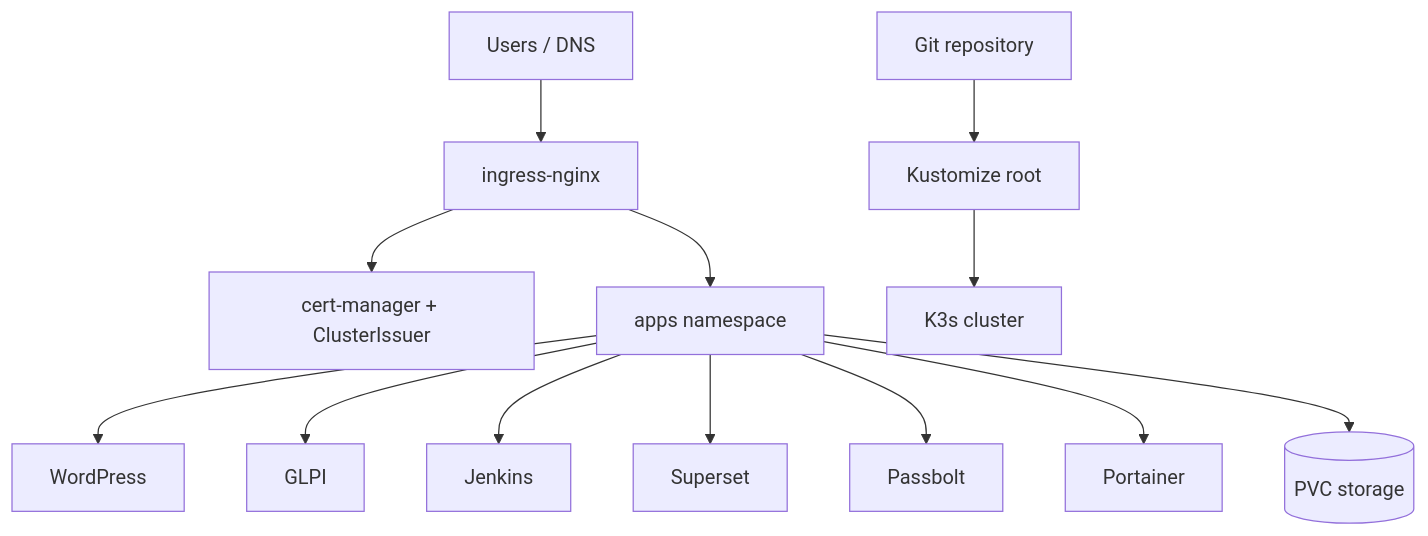
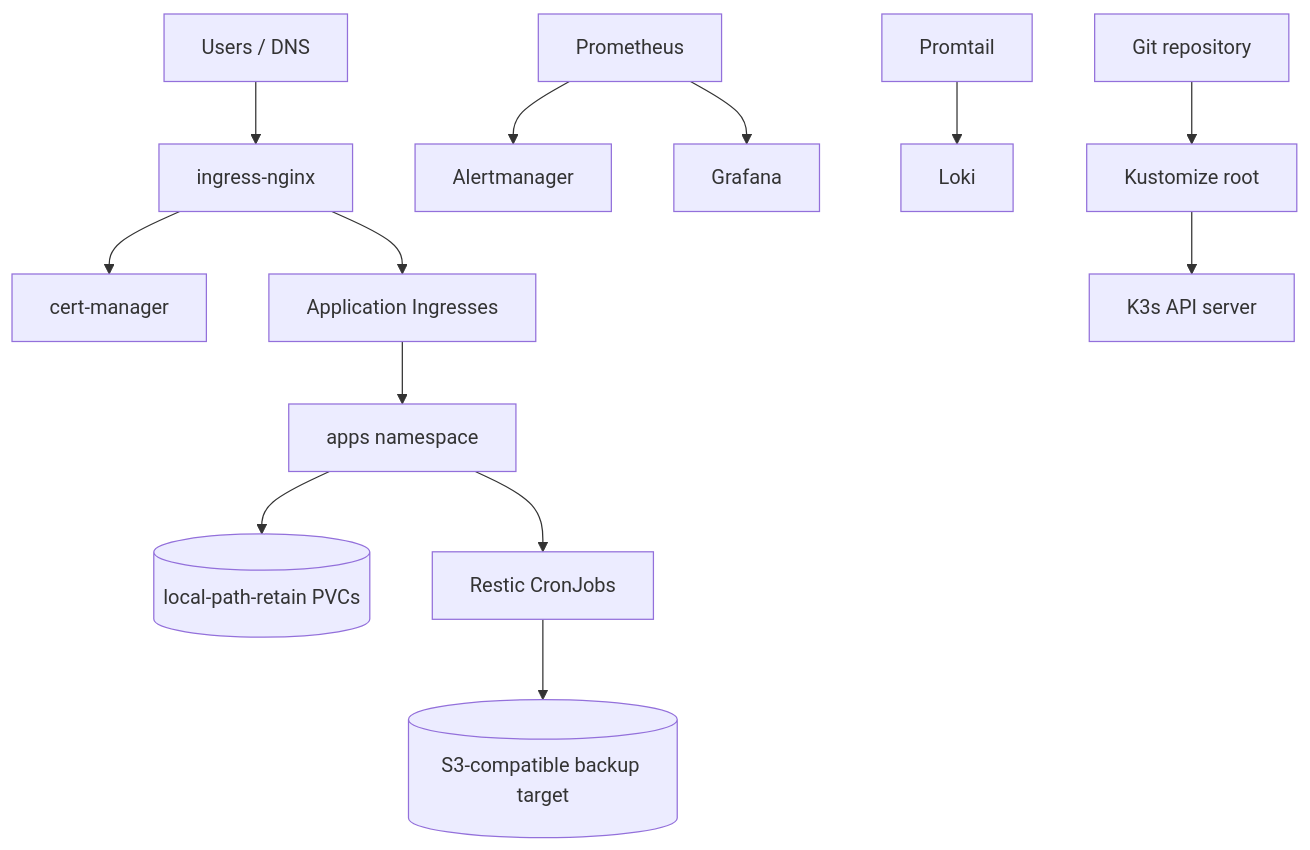
Before and after one commit to AnouarMohamed/k3s-platform: the diagram in README.md, drawn with Mermaid. The commit also changed other lines of this file and 12 other files, not shown here.

````diff
--- a/README.md
+++ b/README.md
@@ -22,15 +58,15 @@
 ```mermaid
 flowchart TB
-  users[Users / DNS] --> edge[ingress-nginx]
-  edge --> cert[cert-manager + ClusterIssuer]
-  edge --> apps[apps namespace]
-  apps --> wp[WordPress]
-  apps --> glpi[GLPI]
-  apps --> jenkins[Jenkins]
-  apps --> superset[Superset]
-  apps --> passbolt[Passbolt]
-  apps --> portainer[Portainer]
-  apps --> pvc[(PVC storage)]
+  users[Users / DNS] --> ingress[ingress-nginx]
+  ingress --> certs[cert-manager]
+  ingress --> appIngress[Application Ingresses]
+  appIngress --> apps[apps namespace]
+  apps --> pvc[(local-path-retain PVCs)]
+  apps --> backups[Restic CronJobs]
+  backups --> s3[(S3-compatible backup target)]
+  prom[Prometheus] --> alertmanager[Alertmanager]
+  prom --> grafana[Grafana]
+  logs[Promtail] --> loki[Loki]
   git[Git repository] --> kustomize[Kustomize root]
-  kustomize --> cluster[K3s cluster]
+  kustomize --> api[K3s API server]
 ```
````
